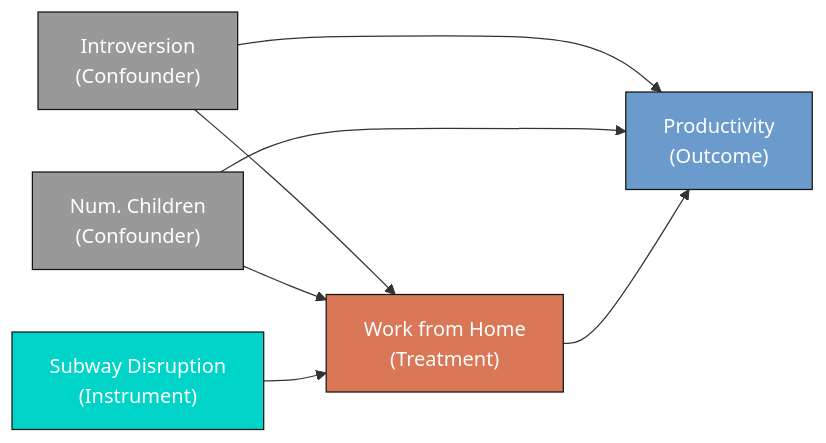
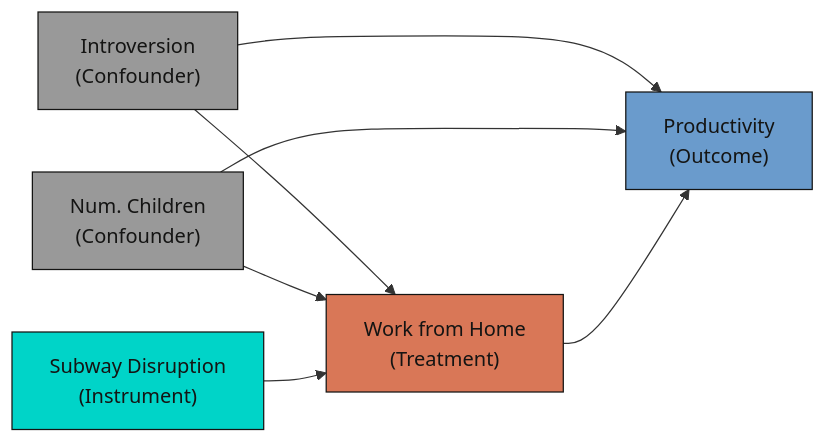
Before and after one commit to cmg777/starter-academic-v501: the second of 2 diagrams in content/post/python_dowhy_intro/index.md, drawn with Mermaid. The commit also changed other lines of this file and 67 other files, not shown here.

First line of the commit message:
fix(mermaid): readable diagram text in both themes across the site

````diff
--- a/content/post/python_dowhy_intro/index.md
+++ b/content/post/python_dowhy_intro/index.md
@@ -411,14 +411,14 @@
 ```mermaid
 graph LR
     I["Introversion<br/>(Confounder)"] --> T["Work from Home<br/>(Treatment)"]
     I --> Y["Productivity<br/>(Outcome)"]
     C["Num. Children<br/>(Confounder)"] --> T
     C --> Y
     Z["Subway Disruption<br/>(Instrument)"] --> T
     T --> Y
-    style I fill:#999,stroke:#141413,color:#fff
-    style C fill:#999,stroke:#141413,color:#fff
-    style Z fill:#00d4c8,stroke:#141413,color:#fff
-    style T fill:#d97757,stroke:#141413,color:#fff
-    style Y fill:#6a9bcc,stroke:#141413,color:#fff
+    style I fill:#999,stroke:#141413,color:#141413
+    style C fill:#999,stroke:#141413,color:#141413
+    style Z fill:#00d4c8,stroke:#141413,color:#141413
+    style T fill:#d97757,stroke:#141413,color:#141413
+    style Y fill:#6a9bcc,stroke:#141413,color:#141413
 ```
````
